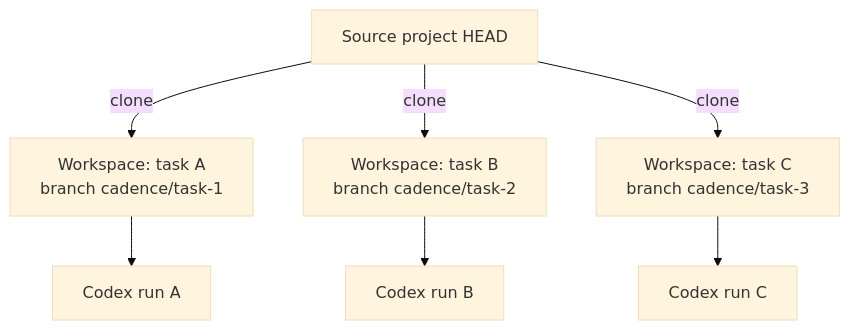
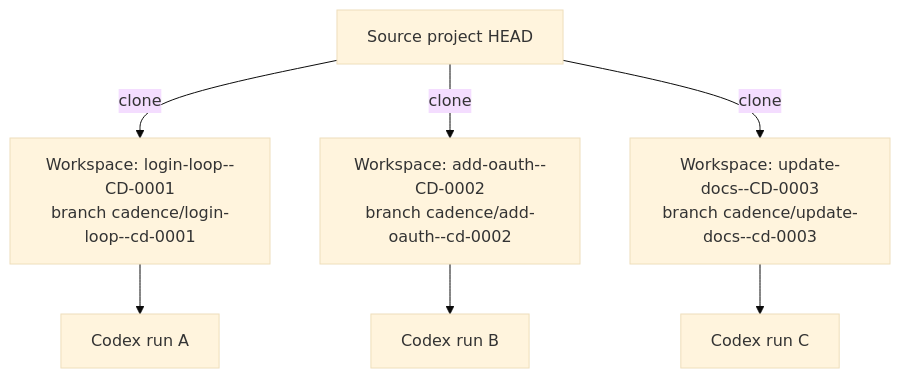
The third of 4 diagrams in contentGuide/src/git-flow.md (chanXVI/Cadence), drawn with Mermaid (base theme) before and after one commit. The commit also changed other lines of this file and 7 other files, not shown here.

````diff
--- a/contentGuide/src/git-flow.md
+++ b/contentGuide/src/git-flow.md
@@ -51,10 +53,10 @@
 ```mermaid
 flowchart TB
     P[Source project HEAD]
-    P -->|clone| W1[Workspace: task A<br/>branch cadence/task-1]
-    P -->|clone| W2[Workspace: task B<br/>branch cadence/task-2]
-    P -->|clone| W3[Workspace: task C<br/>branch cadence/task-3]
+    P -->|clone| W1[Workspace: login-loop--CD-0001<br/>branch cadence/login-loop--cd-0001]
+    P -->|clone| W2[Workspace: add-oauth--CD-0002<br/>branch cadence/add-oauth--cd-0002]
+    P -->|clone| W3[Workspace: update-docs--CD-0003<br/>branch cadence/update-docs--cd-0003]
     W1 --> A[Codex run A]
     W2 --> B[Codex run B]
     W3 --> C[Codex run C]
 ```
````
